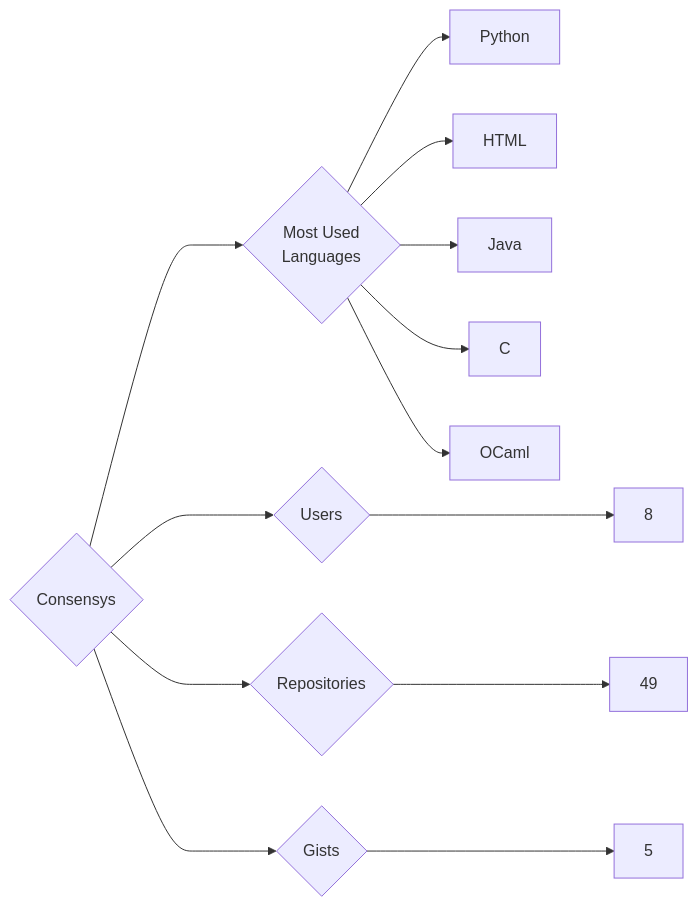
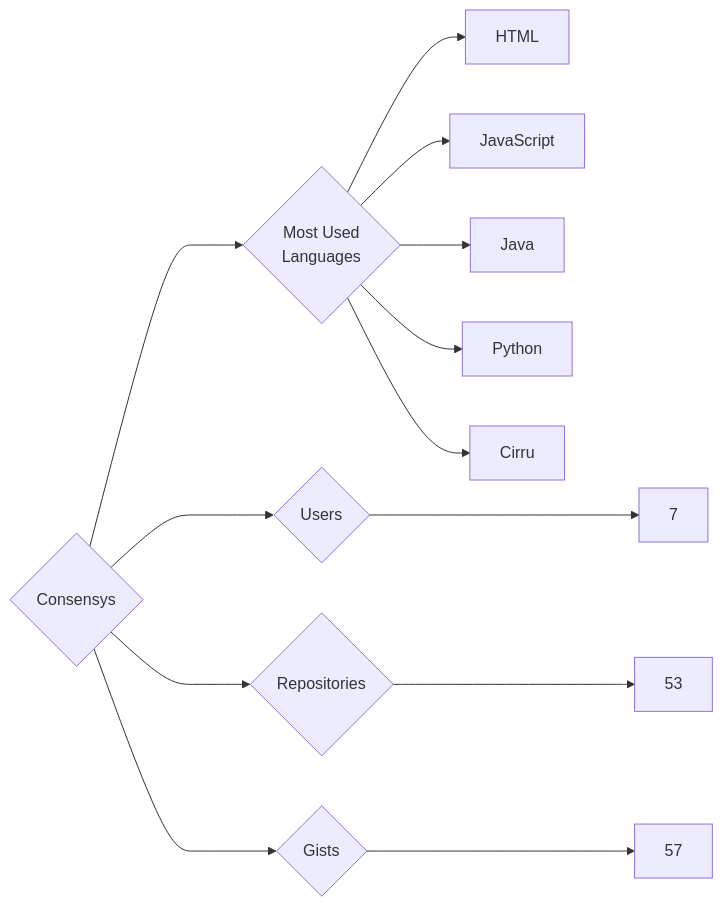
The diagram in targets/Consensys/README.md (trickest/insiders), drawn with Mermaid before and after one commit. The commit also changed 865 other files, not shown here.

````diff
--- a/targets/Consensys/README.md
+++ b/targets/Consensys/README.md
@@ -3,13 +3,13 @@
 ```mermaid
 graph LR
 COMPANY_NAME{Consensys}
-COMPANY_NAME ---> U{Users} ---> UN[8]
-COMPANY_NAME ---> R{Repositories} ---> RN[49]
-COMPANY_NAME ---> G{Gists} ---> GN[5]
+COMPANY_NAME ---> U{Users} ---> UN[7]
+COMPANY_NAME ---> R{Repositories} ---> RN[53]
+COMPANY_NAME ---> G{Gists} ---> GN[57]
 COMPANY_NAME ---> ML{Most Used<br>Languages}
+ML --> HTML[HTML]
+ML --> JavaScript[JavaScript]
+ML --> Java[Java]
 ML --> Python[Python]
-ML --> HTML[HTML]
-ML --> Java[Java]
-ML --> C[C]
-ML --> OCaml[OCaml]
+ML --> Cirru[Cirru]
 ```
````
